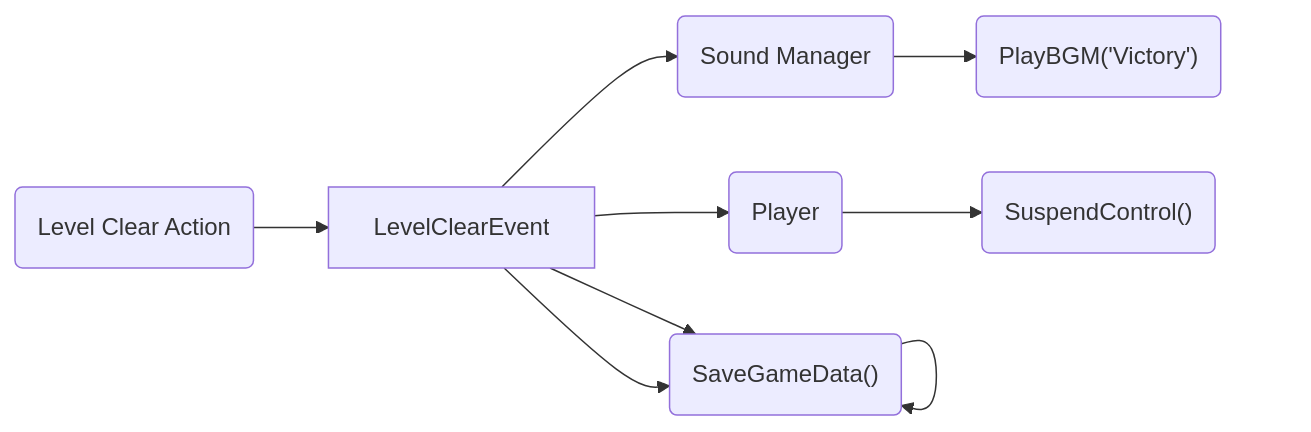
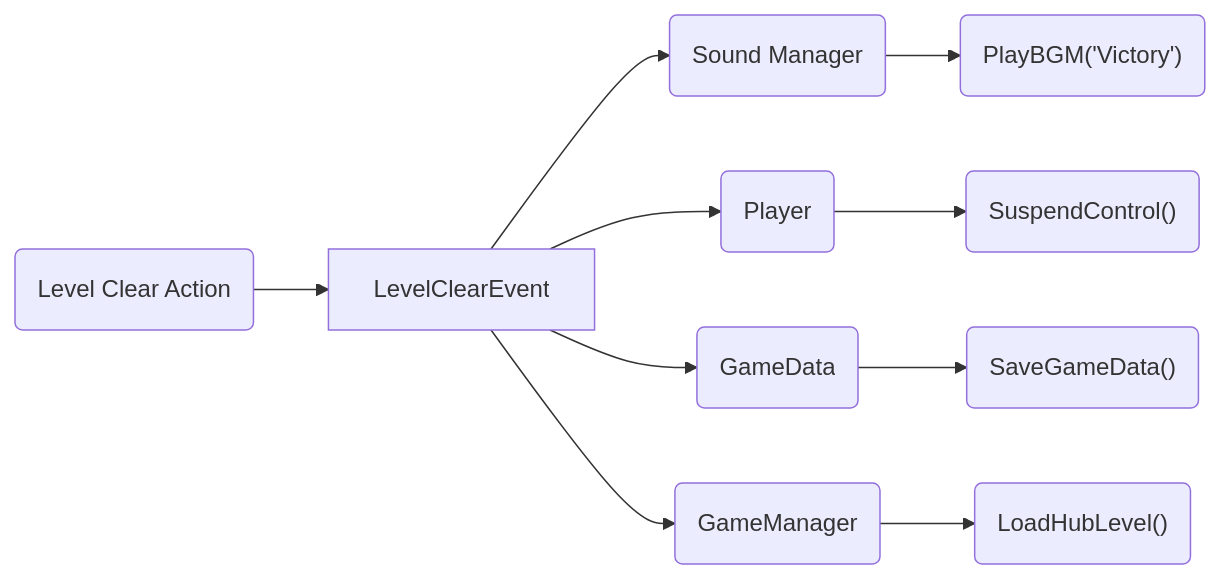
The diagram in EventFlow.md (gsg-jay/GamePatterns), drawn with Mermaid before and after one commit.

````diff
--- a/EventFlow.md
+++ b/EventFlow.md
@@ -1,9 +1,9 @@
 ```mermaid
 flowchart LR;
 lc("Level Clear Action")
 lc-->e["LevelClearEvent"]
 e-->sm("Sound Manager")-->smeh("PlayBGM('Victory')")
 e-->p("Player")-->peh("SuspendControl()")
-e-->gm("GameData")-->gm("SaveGameData()")
-e-->gm("GameManager")-->gm("SaveGameData()")
+e-->gd("GameData")-->gdeh("SaveGameData()")
+e-->gm("GameManager")-->gmeh("LoadHubLevel()");
 ```
````
